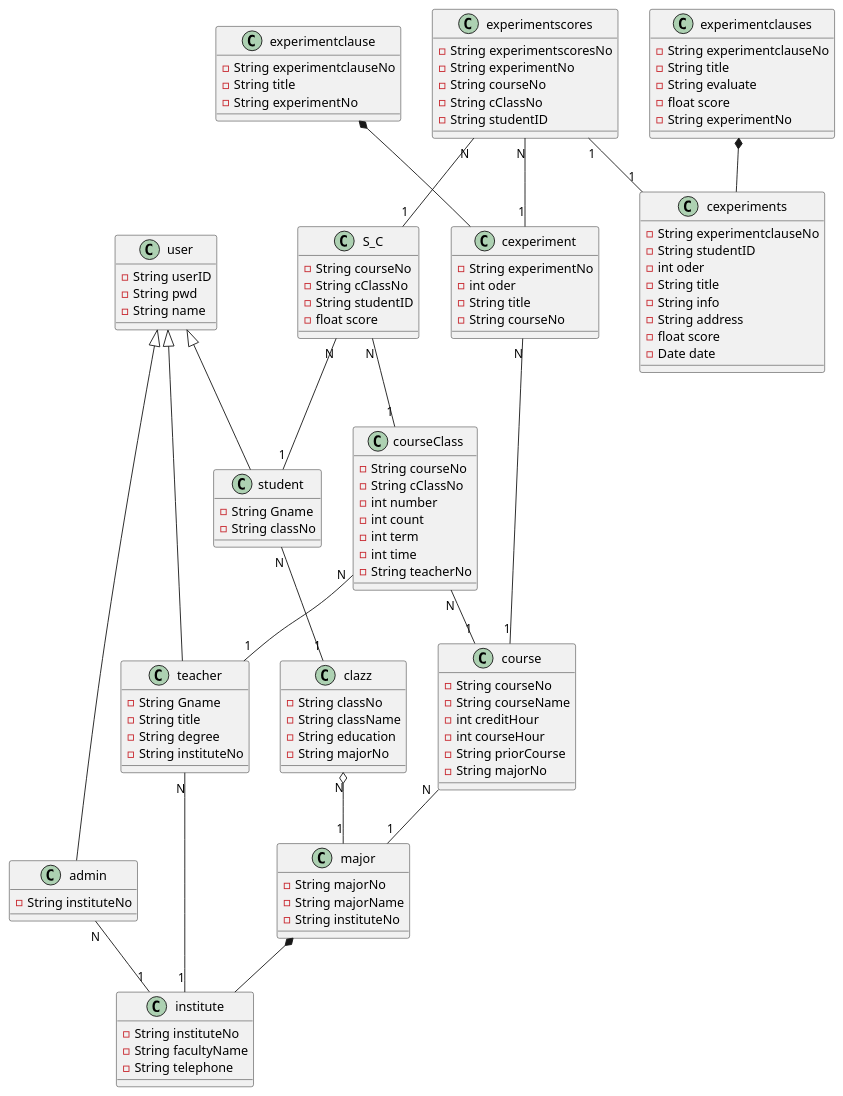
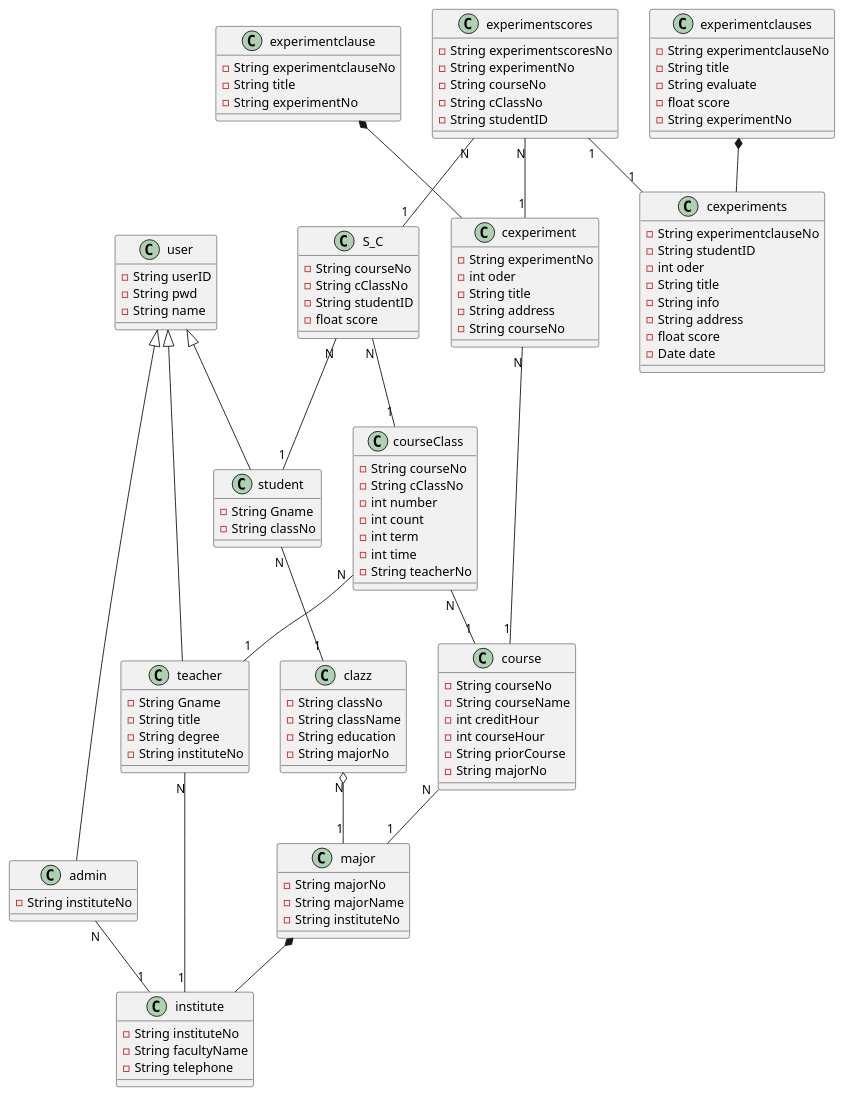
One commit to 201610414130/is_analysis-4 changed the diagram in test6/classView.pu. Above: the diagram before and after it, drawn with PlantUML. The commit also changed 7 other files, not shown here.

```diff
--- a/test6/classView.pu
+++ b/test6/classView.pu
@@ -1,116 +1,117 @@
 @startuml 实验管理平台类图
 class user{
     -String userID
     -String pwd
     -String name
 }
 class student{
     -String Gname
     -String classNo
 }
 class teacher{
     -String Gname
     -String title
     -String degree
     -String instituteNo
 }
 class admin{
     -String instituteNo
 }
 class clazz{
     -String classNo
     -String className
     -String education
     -String majorNo
 }
 class major{
     -String majorNo
     -String majorName
     -String instituteNo
 }
 class institute{
     -String instituteNo
     -String facultyName
     -String telephone
 }
 class course{
     -String courseNo
     -String courseName
     -int creditHour
     -int courseHour
     -String priorCourse
     -String majorNo
 }
 class courseClass{
     -String courseNo
     -String cClassNo
     -int number
     -int count
     -int term
     -int time
     -String teacherNo
 }
 class S_C{
     -String courseNo
     -String cClassNo
     -String studentID
     -float score
 }
 
 class cexperiment{
     -String experimentNo
     -int oder
     -String title
+    -String address
     -String courseNo
 }
 
 class experimentclause{
     -String experimentclauseNo
     -String title
     -String experimentNo
 }
 
 class cexperiments{
     -String experimentclauseNo
     -String studentID
     -int oder
     -String title
     -String info
     -String address
     -float score
     -Date date
 }
 class experimentclauses{
     -String experimentclauseNo
     -String title
     -String evaluate
     -float score
     -String experimentNo
 }
 class experimentscores{
     -String experimentscoresNo
     -String experimentNo
     -String courseNo
     -String cClassNo
     -String studentID
 }
 student -up-|> user
 teacher -up-|> user
 admin -up-|> user
 student "N" -- "1" clazz
 clazz "N" o-- "1" major
 major *-- institute
 teacher "N" -- "1" institute
 admin "N" -- "1" institute
 S_C "N" -- "1" student
 S_C "N" -- "1" courseClass
 courseClass "N" -- "1" course
 courseClass "N" -- "1" teacher
 course "N" -- "1" major
 experimentclause *-- cexperiment
 cexperiment "N" -- "1" course
 experimentscores "N" -- "1" S_C
 experimentscores "N" -- "1" cexperiment
 experimentclauses *-- cexperiments
 experimentscores "1"--"1" cexperiments
 @enduml
```
